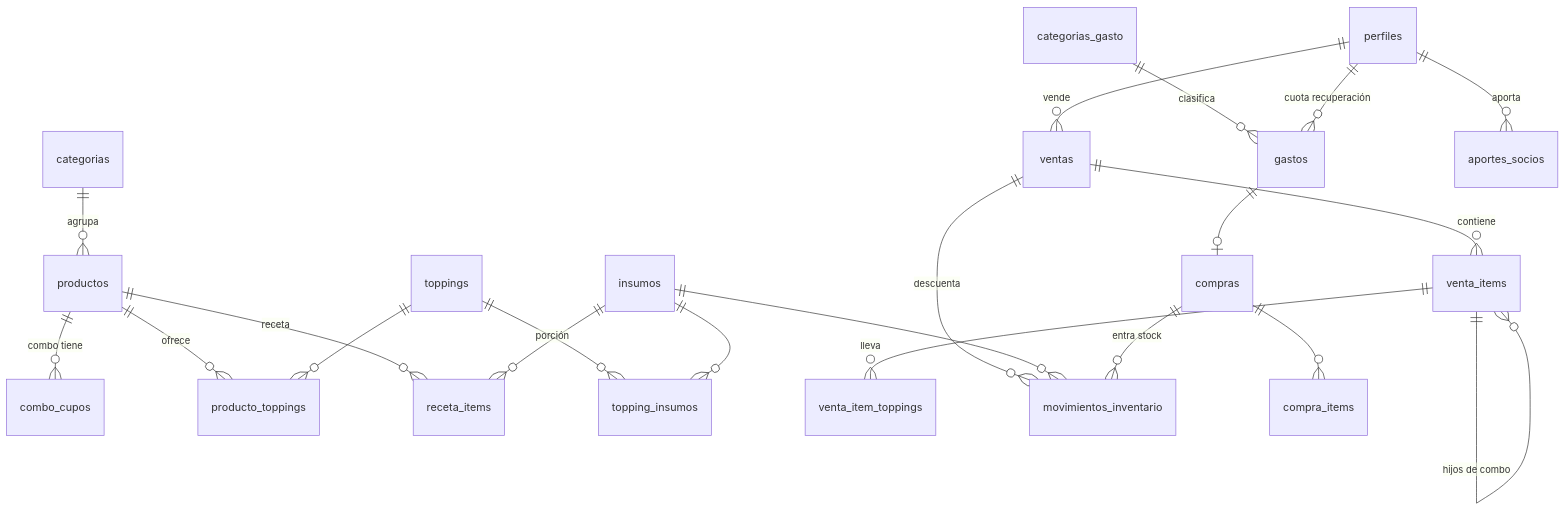
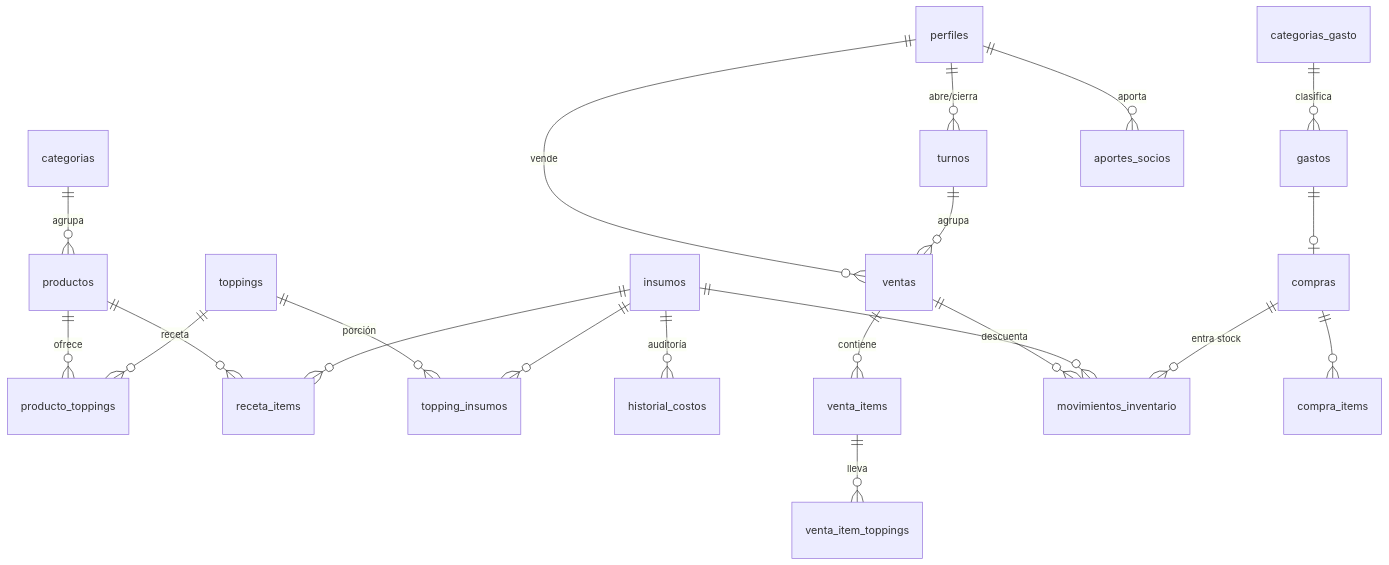
One commit to jhonrodriguezesteban-alt/perros-calientes-153 changed the diagram in docs/modelo-de-datos.md. Above: the diagram before and after it, drawn with Mermaid. The commit also changed other lines of this file and 2 other files, not shown here.

````diff
--- a/docs/modelo-de-datos.md
+++ b/docs/modelo-de-datos.md
@@ -21,23 +16,23 @@
 ```mermaid
 erDiagram
   perfiles ||--o{ ventas : vende
+  perfiles ||--o{ turnos : "abre/cierra"
+  turnos ||--o{ ventas : agrupa
   categorias ||--o{ productos : agrupa
-  productos ||--o{ combo_cupos : "combo tiene"
   productos ||--o{ producto_toppings : ofrece
   toppings ||--o{ producto_toppings : ""
-  productos ||--o{ receta_items : "receta"
+  productos ||--o{ receta_items : receta
   insumos ||--o{ receta_items : ""
-  toppings ||--o{ topping_insumos : "porción"
+  toppings ||--o{ topping_insumos : porción
   insumos ||--o{ topping_insumos : ""
+  insumos ||--o{ historial_costos : auditoría
   ventas ||--o{ venta_items : contiene
-  venta_items ||--o{ venta_items : "hijos de combo"
   venta_items ||--o{ venta_item_toppings : lleva
   ventas ||--o{ movimientos_inventario : descuenta
   insumos ||--o{ movimientos_inventario : ""
   compras ||--o{ compra_items : ""
   compras ||--o{ movimientos_inventario : "entra stock"
   gastos ||--o| compras : ""
   categorias_gasto ||--o{ gastos : clasifica
   perfiles ||--o{ aportes_socios : aporta
-  perfiles ||--o{ gastos : "cuota recuperación"
 ```
````
